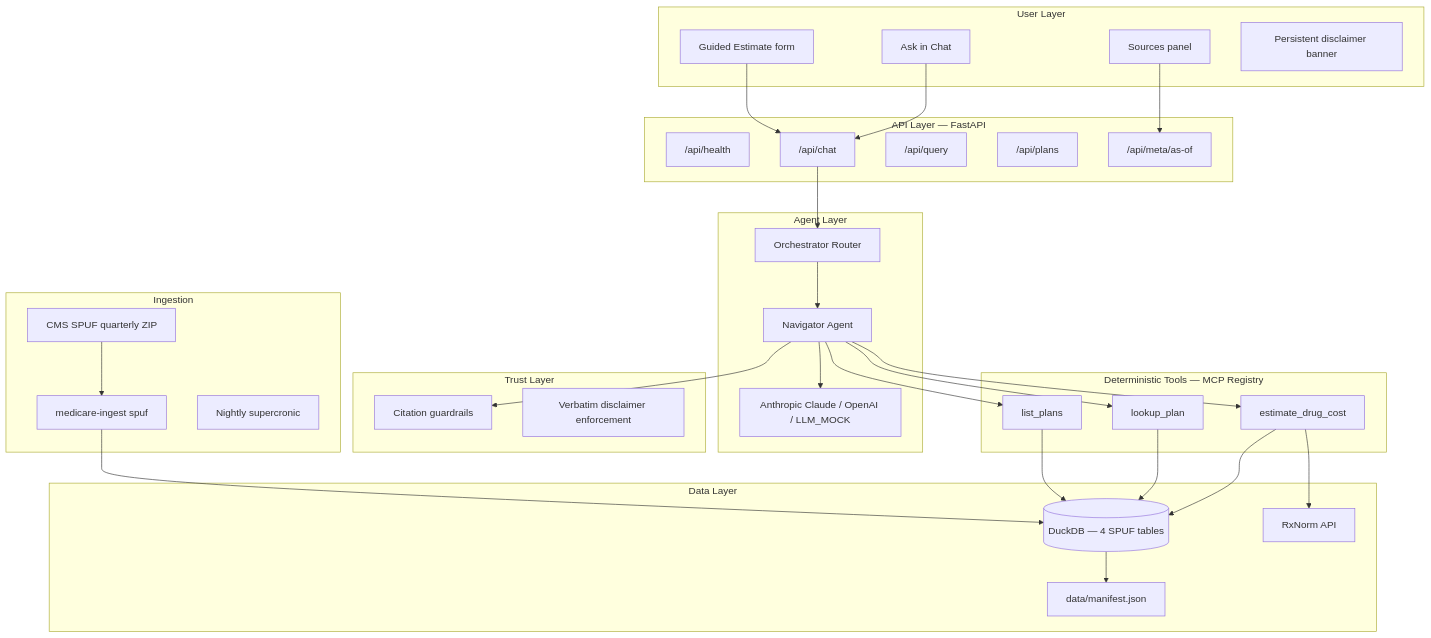
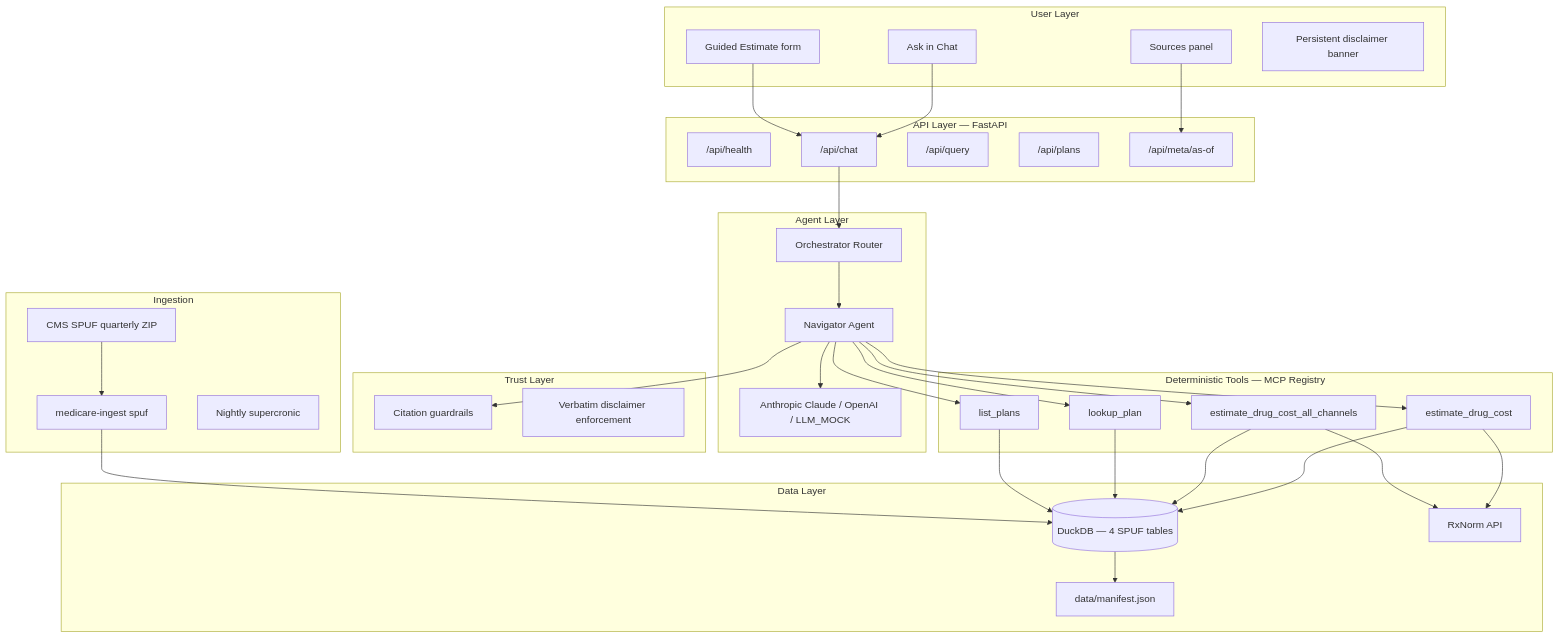
One commit to SreeCodes2021/Medicare-drug-cost-navigator changed the first of 4 diagrams in docs/business-solution.md. Above: the diagram before and after it, drawn with Mermaid. The commit also changed other lines of this file and 23 other files, not shown here.

````diff
--- a/docs/business-solution.md
+++ b/docs/business-solution.md
@@ -137,53 +137,55 @@
 ```mermaid
 flowchart TB
     subgraph UserLayer["User Layer"]
         UI1["Ask in Chat"]
         UI2["Guided Estimate form"]
         UI3["Sources panel"]
         Banner["Persistent disclaimer banner"]
     end
 
     subgraph APILayer["API Layer — FastAPI"]
         Health["/api/health"]
         Chat["/api/chat"]
         Query["/api/query"]
         Plans["/api/plans"]
         Meta["/api/meta/as-of"]
     end
 
     subgraph AgentLayer["Agent Layer"]
         Router["Orchestrator Router"]
         Nav["Navigator Agent"]
         LLM["Anthropic Claude / OpenAI / LLM_MOCK"]
     end
 
     subgraph ToolLayer["Deterministic Tools — MCP Registry"]
         T1["estimate_drug_cost"]
+        T1b["estimate_drug_cost_all_channels"]
         T2["lookup_plan"]
         T3["list_plans"]
     end
 
     subgraph GuardrailLayer["Trust Layer"]
         GR["Citation guardrails"]
         DS["Verbatim disclaimer enforcement"]
     end
 
     subgraph DataLayer["Data Layer"]
         DuckDB[("DuckDB — 4 SPUF tables")]
         RxNorm["RxNorm API"]
         Manifest["data/manifest.json"]
     end
 
     subgraph IngestLayer["Ingestion"]
         CLI["medicare-ingest spuf"]
         Cron["Nightly supercronic"]
         CMS["CMS SPUF quarterly ZIP"]
     end
 
     UI1 & UI2 --> Chat --> Router --> Nav --> LLM
-    Nav --> T1 & T2 & T3 --> DuckDB
+    Nav --> T1 & T1b & T2 & T3 --> DuckDB
     T1 --> RxNorm
+    T1b --> RxNorm
     Nav --> GR
     CMS --> CLI --> DuckDB --> Manifest
     UI3 --> Meta
 ```
````
